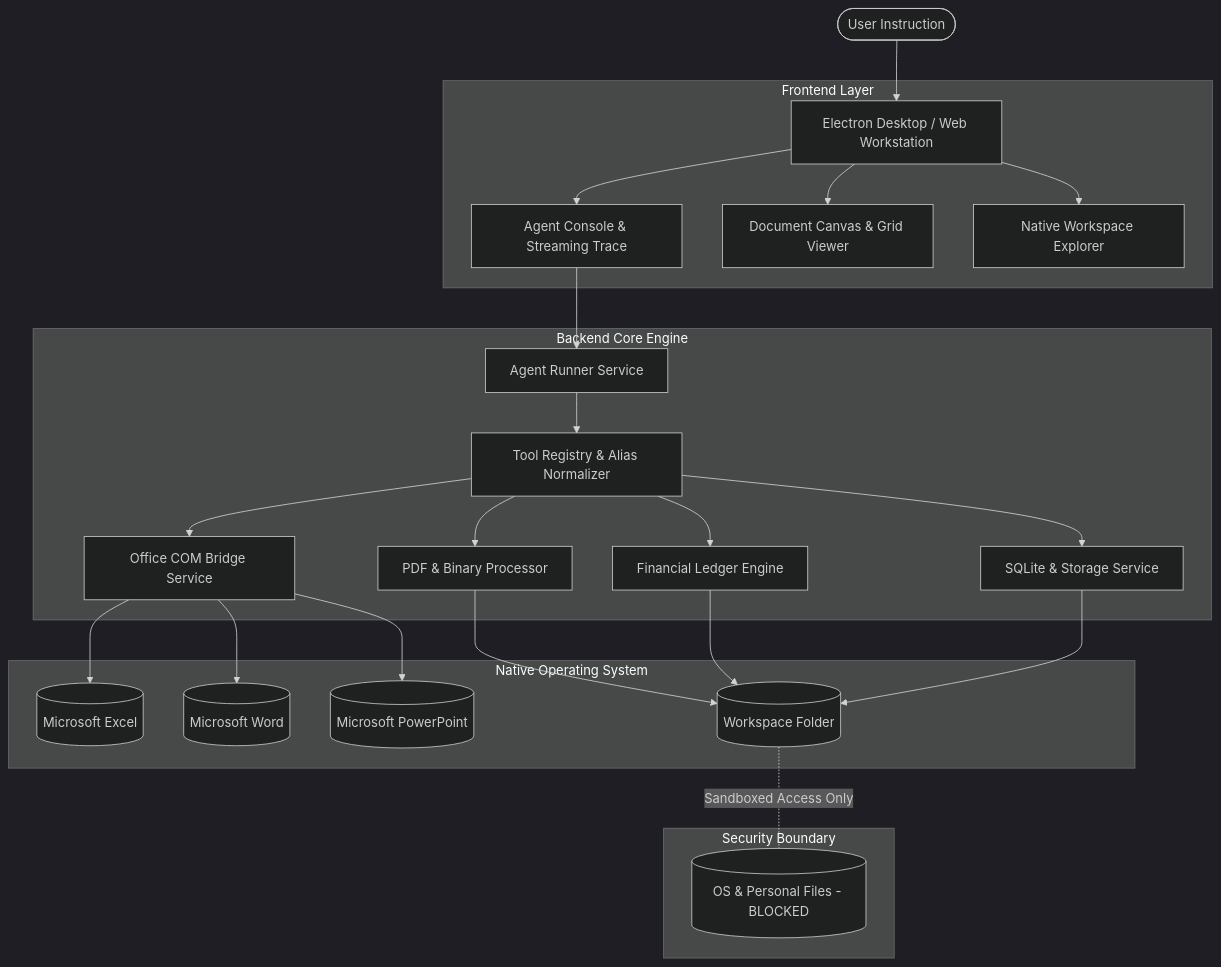
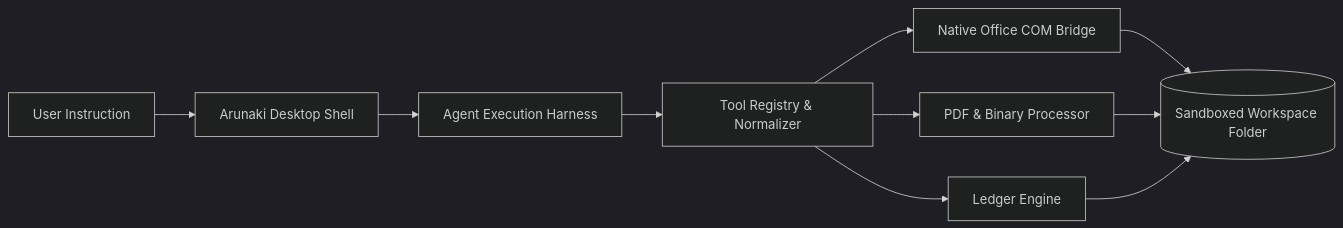
One commit to JULIOSIRINGORINGO/Arunaki changed the diagram in README.md. Above: the diagram before and after it, drawn with Mermaid (dark theme). The commit also changed other lines of this file, not shown here.

Commit message:
docs(readme): rewrite README to match modern application documentation standard with native desktop .exe installation and complete feature guides

````diff
--- a/README.md
+++ b/README.md
@@ -108,34 +53,12 @@
 ```mermaid
-graph TD
-    User([User Instruction]) --> Workstation[Electron Desktop / Web Workstation]
-    
-    subgraph Frontend Layer
-        Workstation --> ChatPanel[Agent Console & Streaming Trace]
-        Workstation --> DocViewer[Document Canvas & Grid Viewer]
-        Workstation --> Explorer[Native Workspace Explorer]
-    end
-
-    subgraph Backend Core Engine
-        ChatPanel --> AgentRunner[Agent Runner Service]
-        AgentRunner --> ToolRegistry[Tool Registry & Alias Normalizer]
-        
-        ToolRegistry --> COMBridge[Office COM Bridge Service]
-        ToolRegistry --> PDFEngine[PDF & Binary Processor]
-        ToolRegistry --> LedgerEngine[Financial Ledger Engine]
-        ToolRegistry --> DBEngine[SQLite & Storage Service]
-    end
-
-    subgraph Native Operating System
-        COMBridge --> MSExcel[(Microsoft Excel)]
-        COMBridge --> MSWord[(Microsoft Word)]
-        COMBridge --> MSPPT[(Microsoft PowerPoint)]
-        
-        PDFEngine --> WorkspaceFS[(Workspace Folder)]
-        LedgerEngine --> WorkspaceFS
-        DBEngine --> WorkspaceFS
-    end
-
-    subgraph Security Boundary
-        WorkspaceFS -. Sandboxed Access Only .- OSFiles[(OS & Personal Files - BLOCKED)]
-    end
+graph LR
+    User[User Instruction] --> Workstation[Arunaki Desktop Shell]
+    Workstation --> Harness[Agent Execution Harness]
+    Harness --> Tools[Tool Registry & Normalizer]
+    Tools --> COM[Native Office COM Bridge]
+    Tools --> PDF[PDF & Binary Processor]
+    Tools --> Ledger[Ledger Engine]
+    COM --> Workspace[(Sandboxed Workspace Folder)]
+    PDF --> Workspace
+    Ledger --> Workspace
 ```
````
